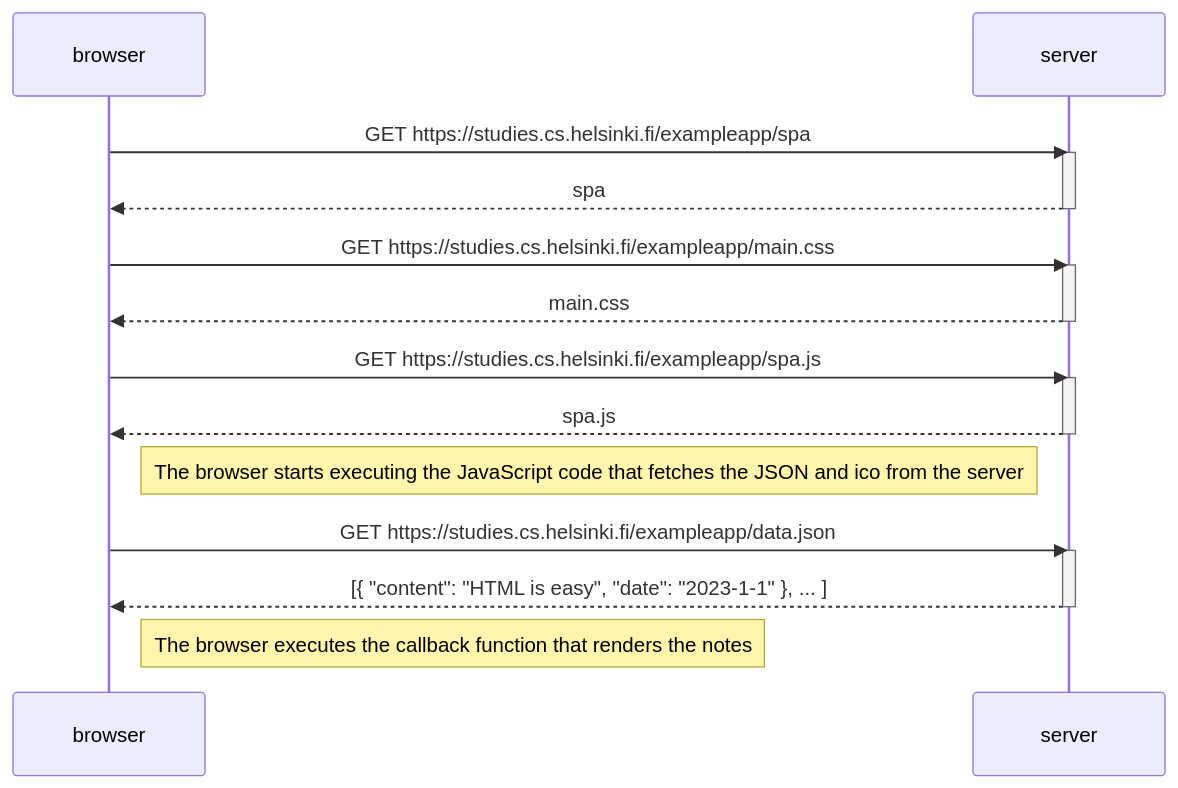
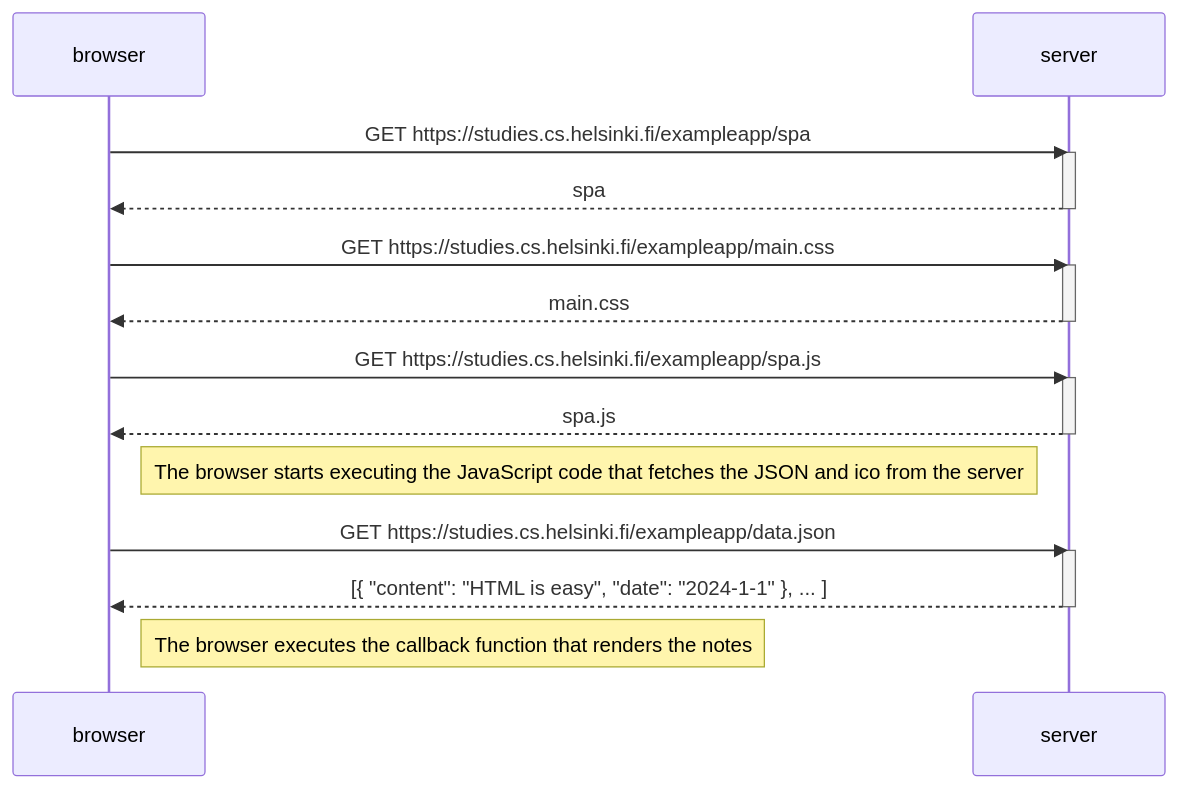
Before and after one commit to eetutaipale/fullstackhole: the diagram in osa0/0.5 single-page-App.md, drawn with Mermaid.

Commit message:
Update 0.5 single-page-App.md

````diff
--- a/osa0/0.5 single-page-App.md
+++ b/osa0/0.5 single-page-App.md
@@ -1,30 +1,30 @@
 ```mermaid
 sequenceDiagram
     participant browser
     participant server
     
     browser->>server: GET https://studies.cs.helsinki.fi/exampleapp/spa
     activate server
     server-->>browser: spa
     deactivate server
     
     browser->>server: GET https://studies.cs.helsinki.fi/exampleapp/main.css
     activate server
     server-->>browser: main.css
     deactivate server
     
     browser->>server: GET https://studies.cs.helsinki.fi/exampleapp/spa.js
     activate server
     server-->>browser: spa.js
     deactivate server
 
     
     Note right of browser: The browser starts executing the JavaScript code that fetches the JSON and ico from the server
     
     browser->>server: GET https://studies.cs.helsinki.fi/exampleapp/data.json
     activate server
-    server-->>browser: [{ "content": "HTML is easy", "date": "2023-1-1" }, ... ]
+    server-->>browser: [{ "content": "HTML is easy", "date": "2024-1-1" }, ... ]
     deactivate server   
 
     Note right of browser: The browser executes the callback function that renders the notes 
 ```
````
